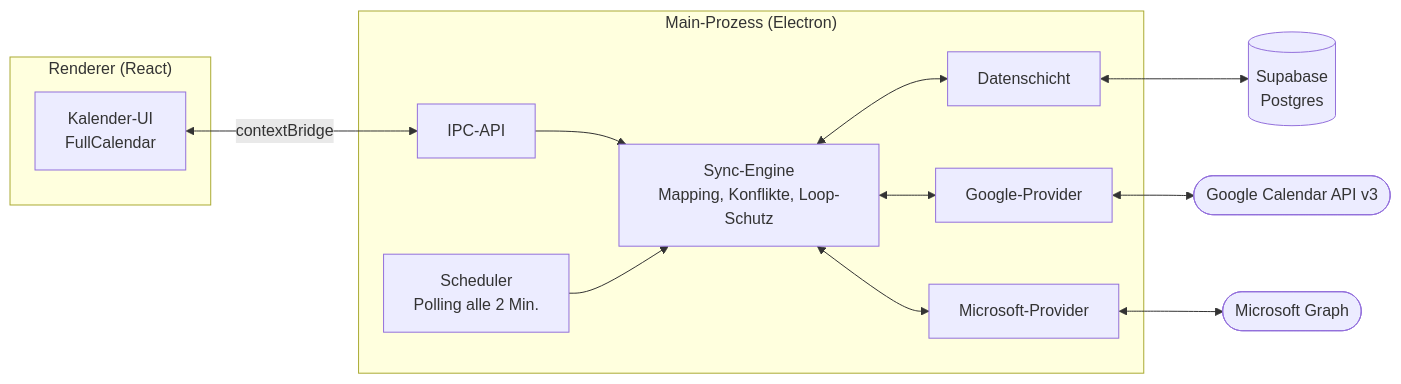
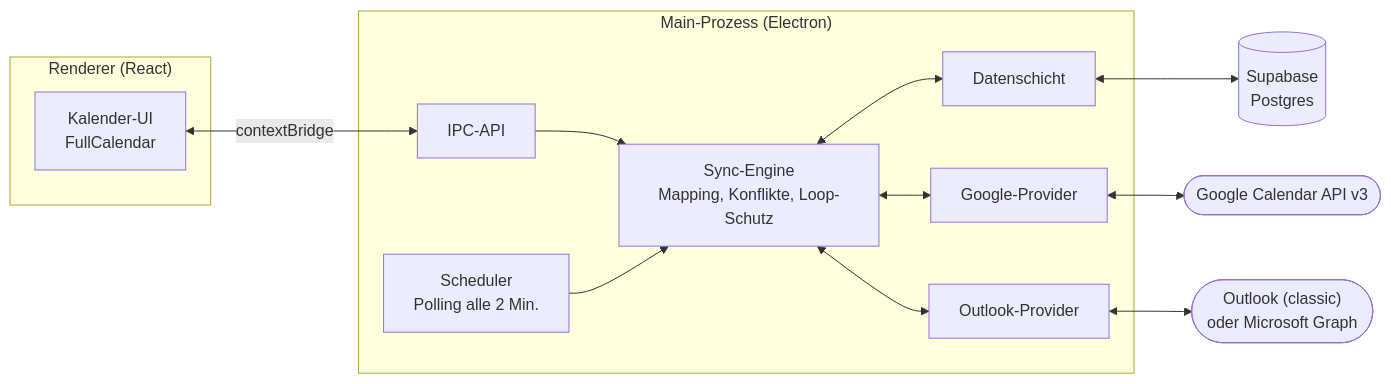
One commit to Namir1234/easy-Calender changed the second of 2 diagrams in README.md. Above: the diagram before and after it, drawn with Mermaid. The commit also changed other lines of this file and 8 other files, not shown here.

````diff
--- a/README.md
+++ b/README.md
@@ -129,29 +156,29 @@
 ```mermaid
 flowchart LR
     subgraph R["Renderer (React)"]
         UI["Kalender-UI<br>FullCalendar"]
     end
 
     subgraph MAIN["Main-Prozess (Electron)"]
         IPC["IPC-API"]
         ENG["Sync-Engine<br>Mapping, Konflikte, Loop-Schutz"]
         SCH["Scheduler<br>Polling alle 2 Min."]
         ST["Datenschicht"]
         GP["Google-Provider"]
-        MP["Microsoft-Provider"]
+        MP["Outlook-Provider"]
     end
 
     SB[("Supabase<br>Postgres")]
     GAPI(["Google Calendar API v3"])
-    GRAPH(["Microsoft Graph"])
+    OUT(["Outlook (classic)<br>oder Microsoft Graph"])
 
     UI <-->|contextBridge| IPC
     IPC --> ENG
     SCH --> ENG
     ENG <--> ST
     ST <--> SB
     ENG <--> GP
     ENG <--> MP
     GP <--> GAPI
-    MP <--> GRAPH
+    MP <--> OUT
 ```
````
